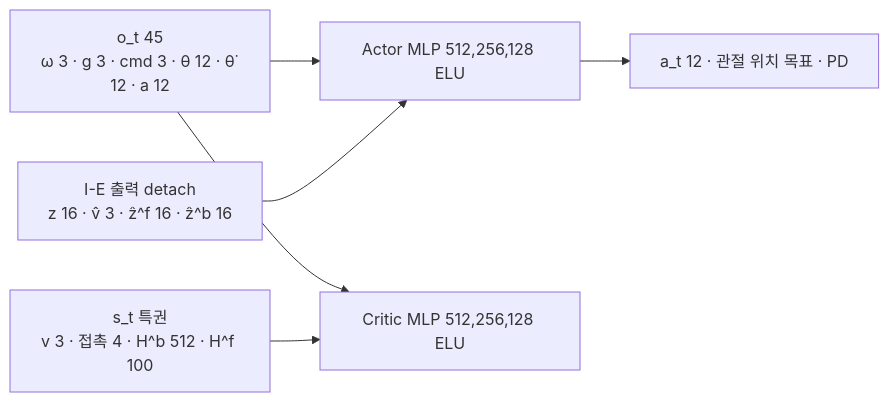
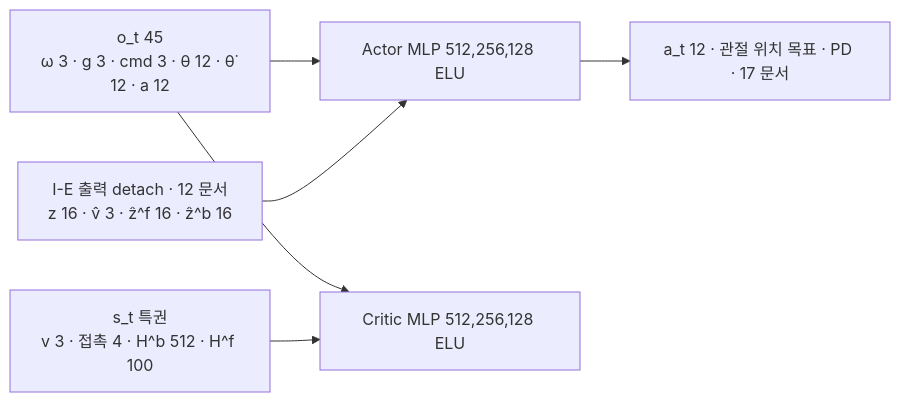
Before and after one commit to foothold-project/foothold-lab: the diagram in inbox/jay/20261019-design/13-POLICY.md, drawn with Mermaid. The commit also changed other lines of this file and 25 other files, not shown here.

````diff
--- a/inbox/jay/20261019-design/13-POLICY.md
+++ b/inbox/jay/20261019-design/13-POLICY.md
@@ -11,8 +15,8 @@
 ```mermaid
 flowchart LR
   O[o_t 45<br/>ω 3 · g 3 · cmd 3 · θ 12 · θ̇ 12 · a 12] --> A[Actor MLP 512,256,128 ELU]
-  IE[I-E 출력 detach<br/>z 16 · v̂ 3 · ẑ^f 16 · ẑ^b 16] --> A
-  A --> ACT[a_t 12 · 관절 위치 목표 · PD]
+  IE[I-E 출력 detach · 12 문서<br/>z 16 · v̂ 3 · ẑ^f 16 · ẑ^b 16] --> A
+  A --> ACT[a_t 12 · 관절 위치 목표 · PD · 17 문서]
   O --> C[Critic MLP 512,256,128 ELU]
   S[s_t 특권<br/>v 3 · 접촉 4 · H^b 512 · H^f 100] --> C
 ```
````
